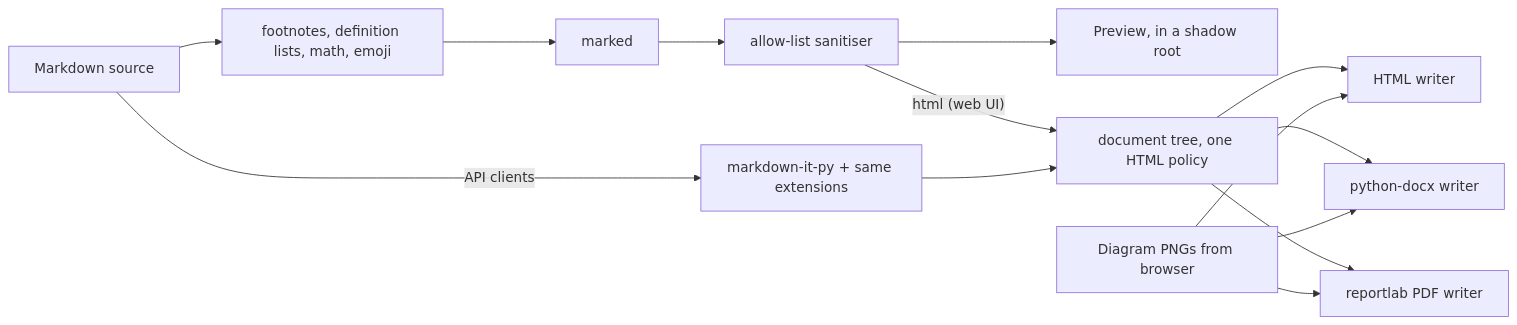
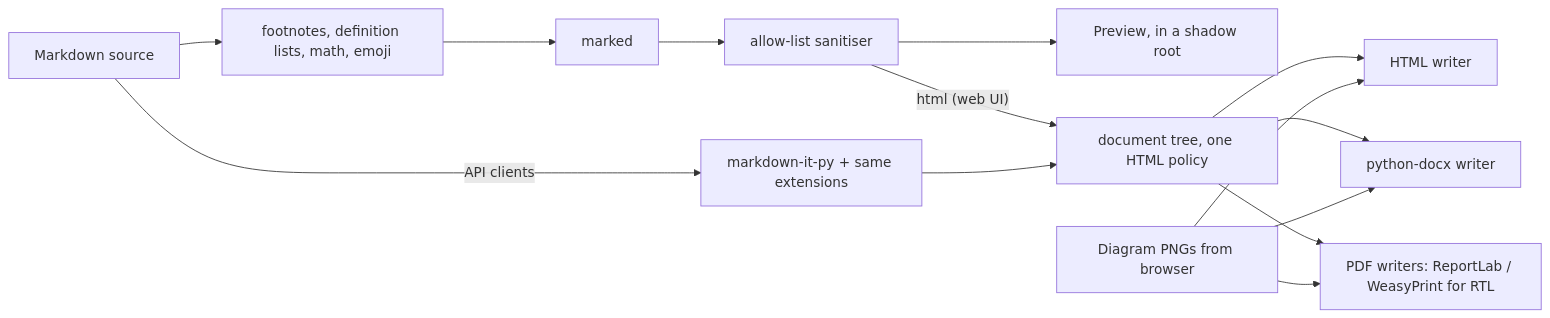
One commit to Debashish-Mukherjee/Tidyscribe changed the third of 4 diagrams in docs/architecture.md. Above: the diagram before and after it, drawn with Mermaid. The commit also changed other lines of this file and 15 other files, not shown here.

````diff
--- a/docs/architecture.md
+++ b/docs/architecture.md
@@ -78,13 +78,13 @@
 ```mermaid
 flowchart LR
     MD[Markdown source] --> EXT[footnotes, definition lists, math, emoji]
     EXT --> MK[marked] --> SAN[allow-list sanitiser] --> PV[Preview, in a shadow root]
     SAN -- "html (web UI)" --> TREE
     MD -- "API clients" --> MI[markdown-it-py + same extensions] --> TREE[document tree, one HTML policy]
     TREE --> H[HTML writer]
     TREE --> D[python-docx writer]
-    TREE --> R[reportlab PDF writer]
+    TREE --> R[PDF writers: ReportLab / WeasyPrint for RTL]
     IMG[Diagram PNGs from browser] --> H
     IMG --> D
     IMG --> R
 ```
````
